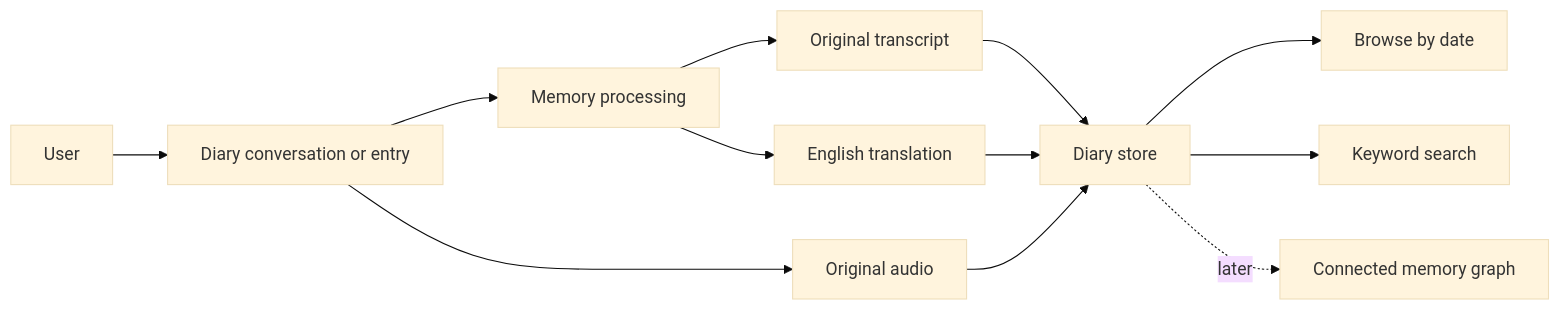
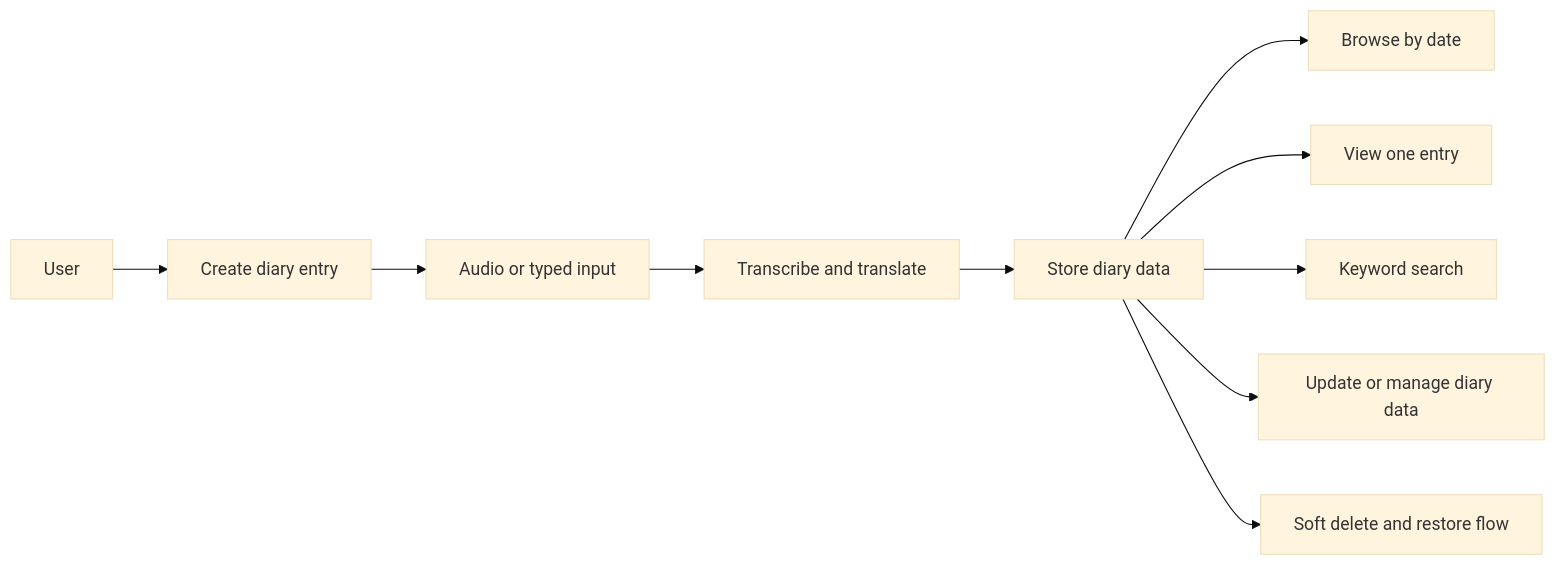
Before and after one commit to adityavarmachandika/aham-docs: the first of 2 diagrams in README.md, drawn with Mermaid (base theme). The commit also changed other lines of this file and 9 other files, not shown here.

````diff
--- a/README.md
+++ b/README.md
@@ -11,14 +19,12 @@
 ```mermaid
 flowchart LR
-    U[User] --> D[Diary conversation or entry]
-    D --> P[Memory processing]
-    P --> O[Original transcript]
-    P --> T[English translation]
-    O --> M[Diary store]
-    T --> M
-    D --> A[Original audio]
-    A --> M
-    M --> B[Browse by date]
-    M --> Q[Keyword search]
-    M -. later .-> G[Connected memory graph]
+    U[User] --> D[Create diary entry]
+    D --> A[Audio or typed input]
+    A --> P[Transcribe and translate]
+    P --> S[Store diary data]
+    S --> B[Browse by date]
+    S --> V[View one entry]
+    S --> K[Keyword search]
+    S --> X[Update or manage diary data]
+    S --> R[Soft delete and restore flow]
 ```
````
